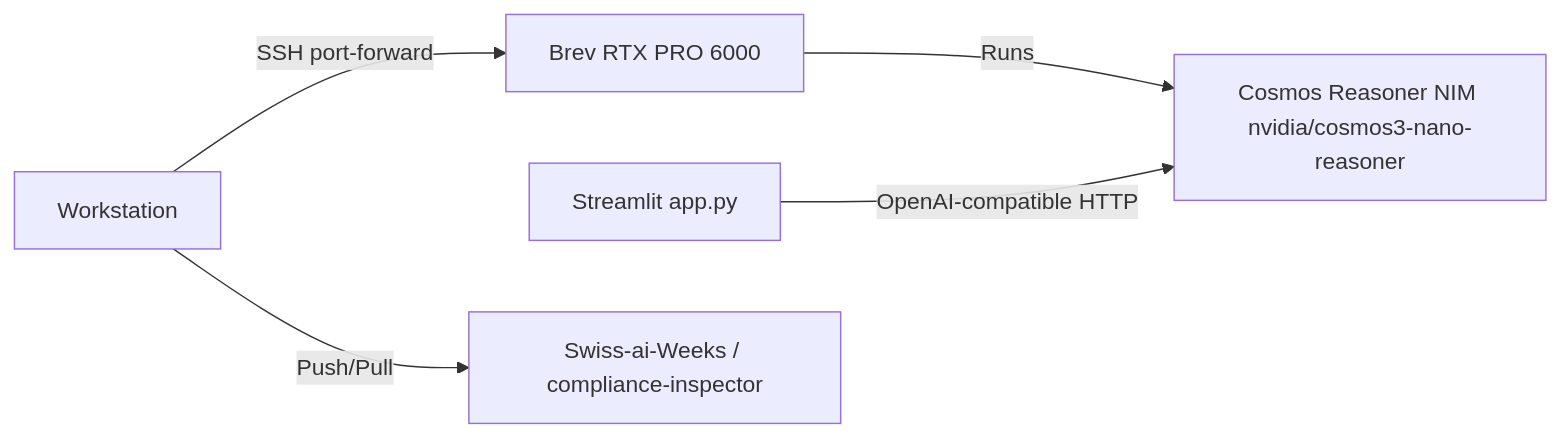
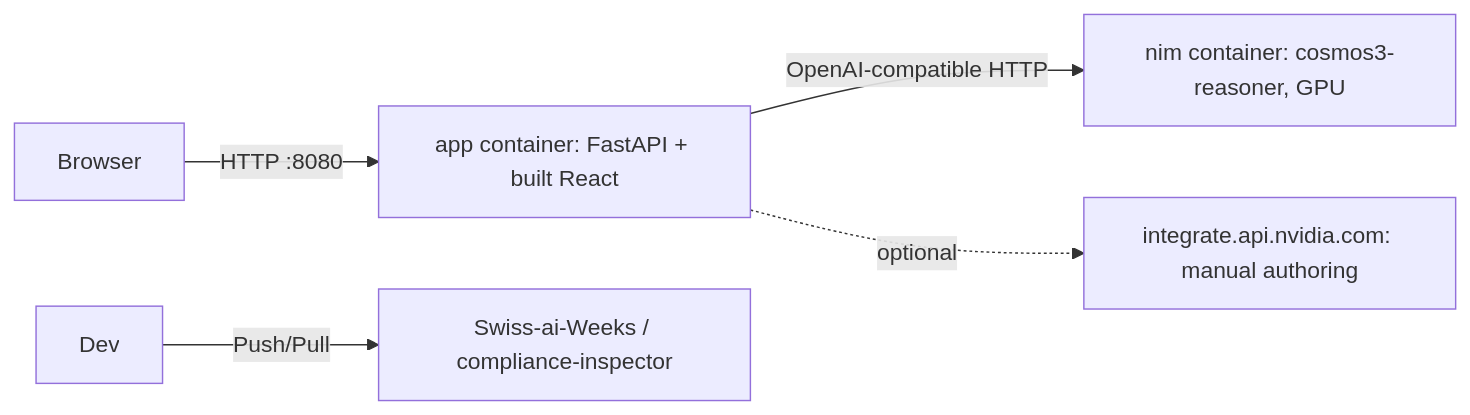
Before and after one commit to Swiss-ai-Weeks/compliance-inspector: the diagram in aidd_docs/memory/deployment.md, drawn with Mermaid. The commit also changed other lines of this file and 46 other files, not shown here.

First line of the commit message:
feat(web-app): add FastAPI + React compliance web app with Docker deploy

````diff
--- a/aidd_docs/memory/deployment.md
+++ b/aidd_docs/memory/deployment.md
@@ -5,7 +5,7 @@
 ```mermaid
 flowchart LR
-  Dev[Workstation] -- SSH port-forward --> GPU[Brev RTX PRO 6000]
-  GPU -- Runs --> NIM[Cosmos Reasoner NIM nvidia/cosmos3-nano-reasoner]
-  App[Streamlit app.py] -- OpenAI-compatible HTTP --> NIM
+  Browser -- HTTP :8080 --> App[app container: FastAPI + built React]
+  App -- OpenAI-compatible HTTP --> NIM[nim container: cosmos3-reasoner, GPU]
+  App -. optional .-> Hosted[integrate.api.nvidia.com: manual authoring]
   Dev -- Push/Pull --> Repo[Swiss-ai-Weeks / compliance-inspector]
 ```
````
